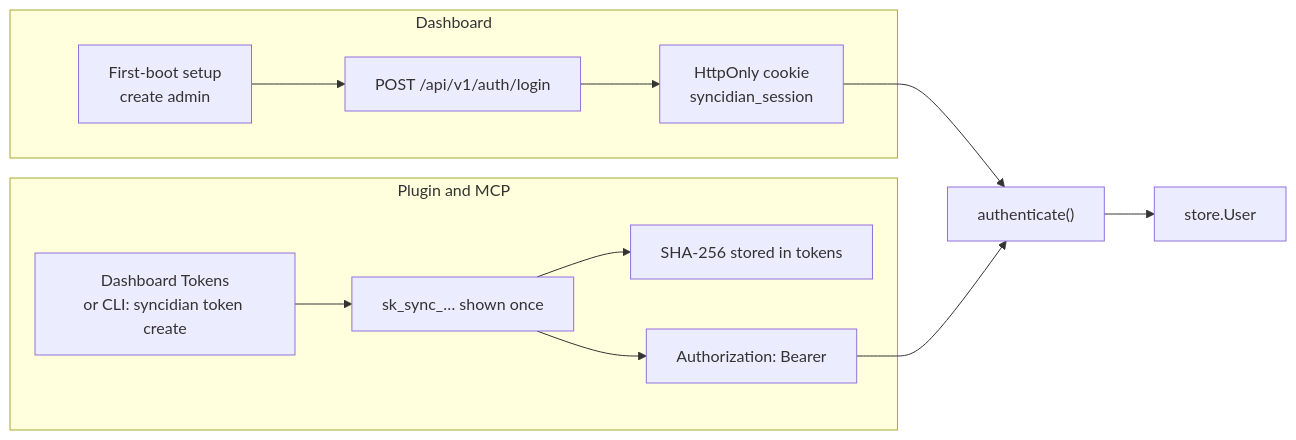
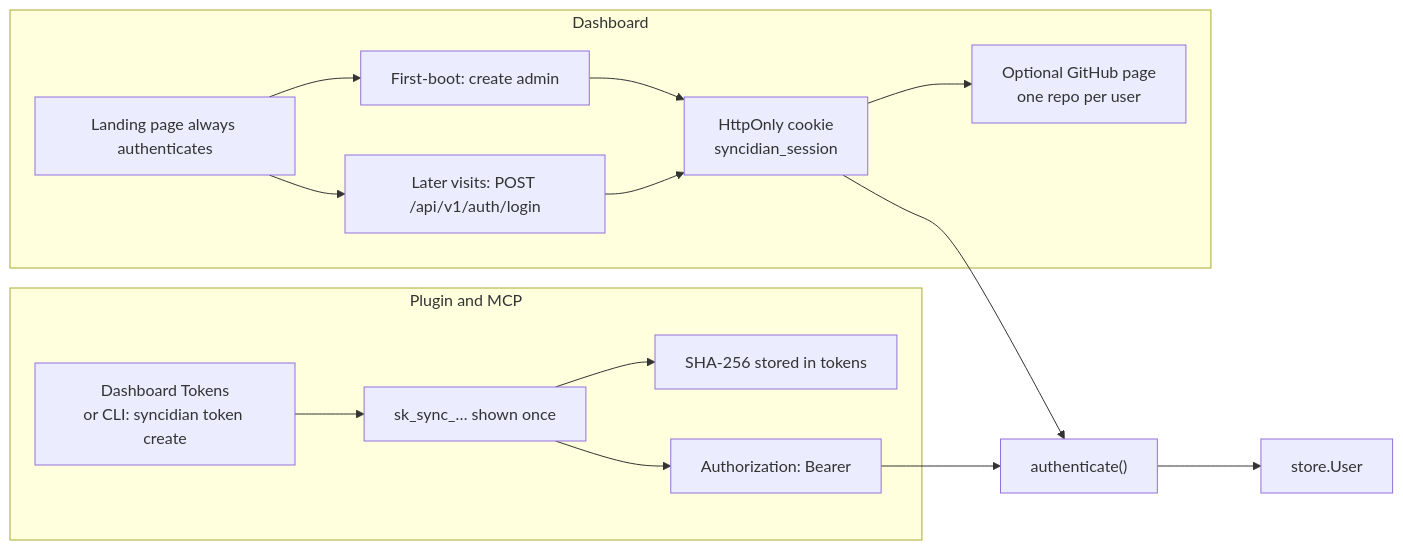
One commit to shangeethsivan/Syncidian changed the ninth of 13 diagrams in docs/architecture.md. Above: the diagram before and after it, drawn with Mermaid. The commit also changed other lines of this file and 6 other files, not shown here.

First line of the commit message:
Require authentication before per-user GitHub setup

````diff
--- a/docs/architecture.md
+++ b/docs/architecture.md
@@ -243,17 +271,20 @@
 ```mermaid
 flowchart LR
   subgraph dashboard [Dashboard]
-    Setup["First-boot setup<br/>create admin"] --> Login["POST /api/v1/auth/login"]
-    Login --> Cookie["HttpOnly cookie<br/>syncidian_session"]
+    Land["Landing page always authenticates"] --> Setup["First-boot: create admin"]
+    Land --> Login["Later visits: POST /api/v1/auth/login"]
+    Setup --> Cookie["HttpOnly cookie<br/>syncidian_session"]
+    Login --> Cookie
+    Cookie --> GH["Optional GitHub page<br/>one repo per user"]
   end
 
   subgraph pluginAuth [Plugin and MCP]
     Admin["Dashboard Tokens<br/>or CLI: syncidian token create"] --> Raw["sk_sync_… shown once"]
     Raw --> Hash["SHA-256 stored in tokens"]
     Raw --> Header["Authorization: Bearer"]
   end
 
   Cookie --> Authed["authenticate()"]
   Header --> Authed
   Authed --> User["store.User"]
 ```
````
